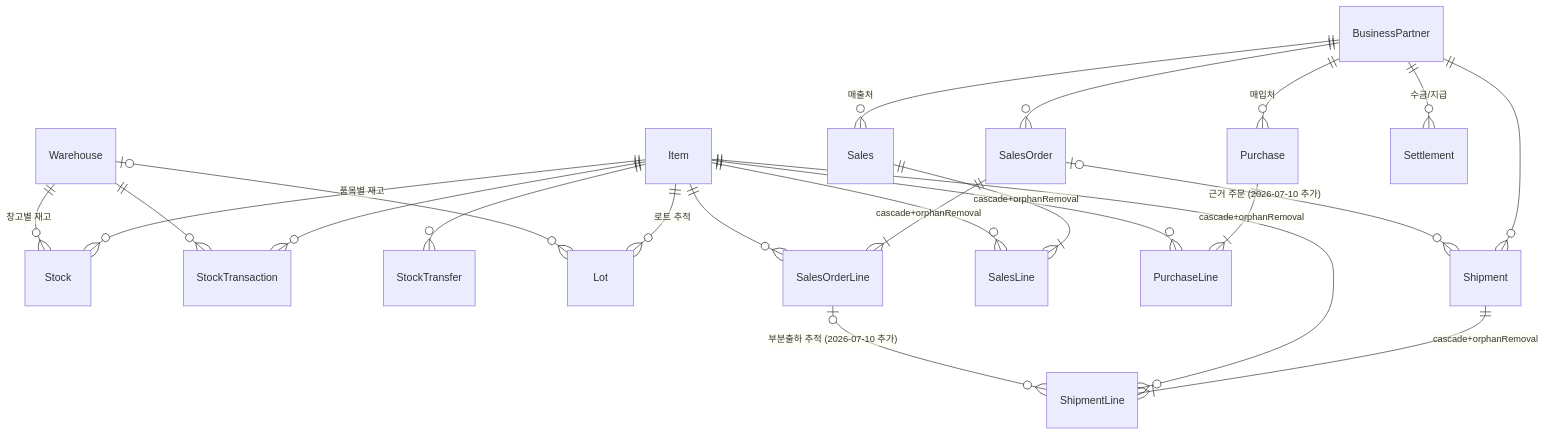
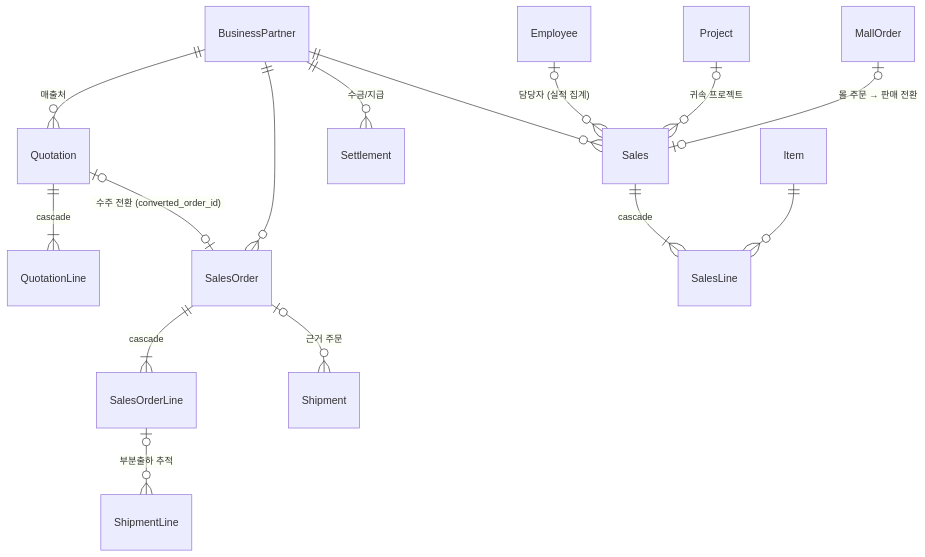
The second of 11 diagrams in docs/데이터-관계도.md (KWANHYUNKIM/industry-erp), drawn with Mermaid before and after one commit. The commit also changed other lines of this file and 1 other file, not shown here.

````diff
--- a/docs/데이터-관계도.md
+++ b/docs/데이터-관계도.md
@@ -36,29 +54,20 @@
 ```mermaid
 erDiagram
-  Item ||--o{ Stock : "품목별 재고"
-  Warehouse ||--o{ Stock : "창고별 재고"
-  Item ||--o{ StockTransaction : ""
-  Warehouse ||--o{ StockTransaction : ""
-  Item ||--o{ StockTransfer : ""
-  Item ||--o{ Lot : "로트 추적"
-  Warehouse |o--o{ Lot : ""
+  BusinessPartner ||--o{ Quotation : "매출처"
+  Quotation ||--|{ QuotationLine : "cascade"
+  Quotation |o--o| SalesOrder : "수주 전환 (converted_order_id)"
 
-  BusinessPartner ||--o{ Sales : "매출처"
-  BusinessPartner ||--o{ Purchase : "매입처"
   BusinessPartner ||--o{ SalesOrder : ""
-  BusinessPartner ||--o{ Shipment : ""
+  SalesOrder ||--|{ SalesOrderLine : "cascade"
+  SalesOrder |o--o{ Shipment : "근거 주문"
+  SalesOrderLine |o--o{ ShipmentLine : "부분출하 추적"
+
+  BusinessPartner ||--o{ Sales : ""
+  Sales ||--|{ SalesLine : "cascade"
+  Employee |o--o{ Sales : "담당자 (실적 집계)"
+  Project |o--o{ Sales : "귀속 프로젝트"
+
   BusinessPartner ||--o{ Settlement : "수금/지급"
-
-  Sales ||--|{ SalesLine : "cascade+orphanRemoval"
-  Purchase ||--|{ PurchaseLine : "cascade+orphanRemoval"
-  SalesOrder ||--|{ SalesOrderLine : "cascade+orphanRemoval"
-  Shipment ||--|{ ShipmentLine : "cascade+orphanRemoval"
-
+  MallOrder |o--o| Sales : "몰 주문 → 판매 전환"
   Item ||--o{ SalesLine : ""
-  Item ||--o{ PurchaseLine : ""
-  Item ||--o{ SalesOrderLine : ""
-  Item ||--o{ ShipmentLine : ""
-
-  SalesOrder |o--o{ Shipment : "근거 주문 (2026-07-10 추가)"
-  SalesOrderLine |o--o{ ShipmentLine : "부분출하 추적 (2026-07-10 추가)"
 ```
````
